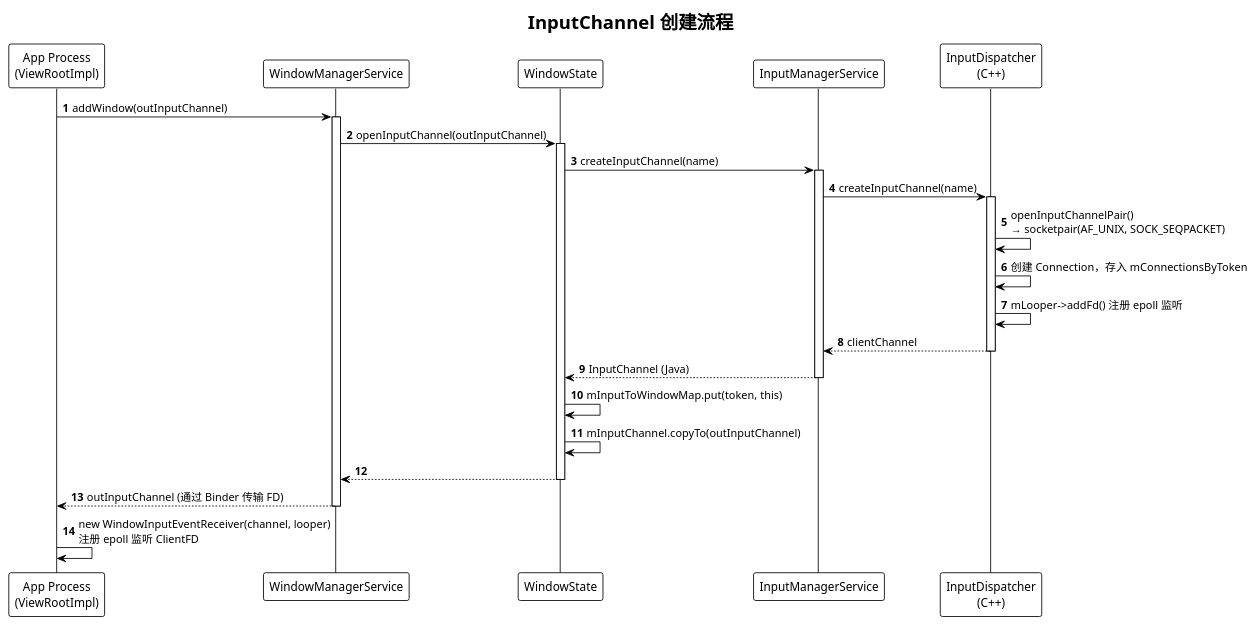
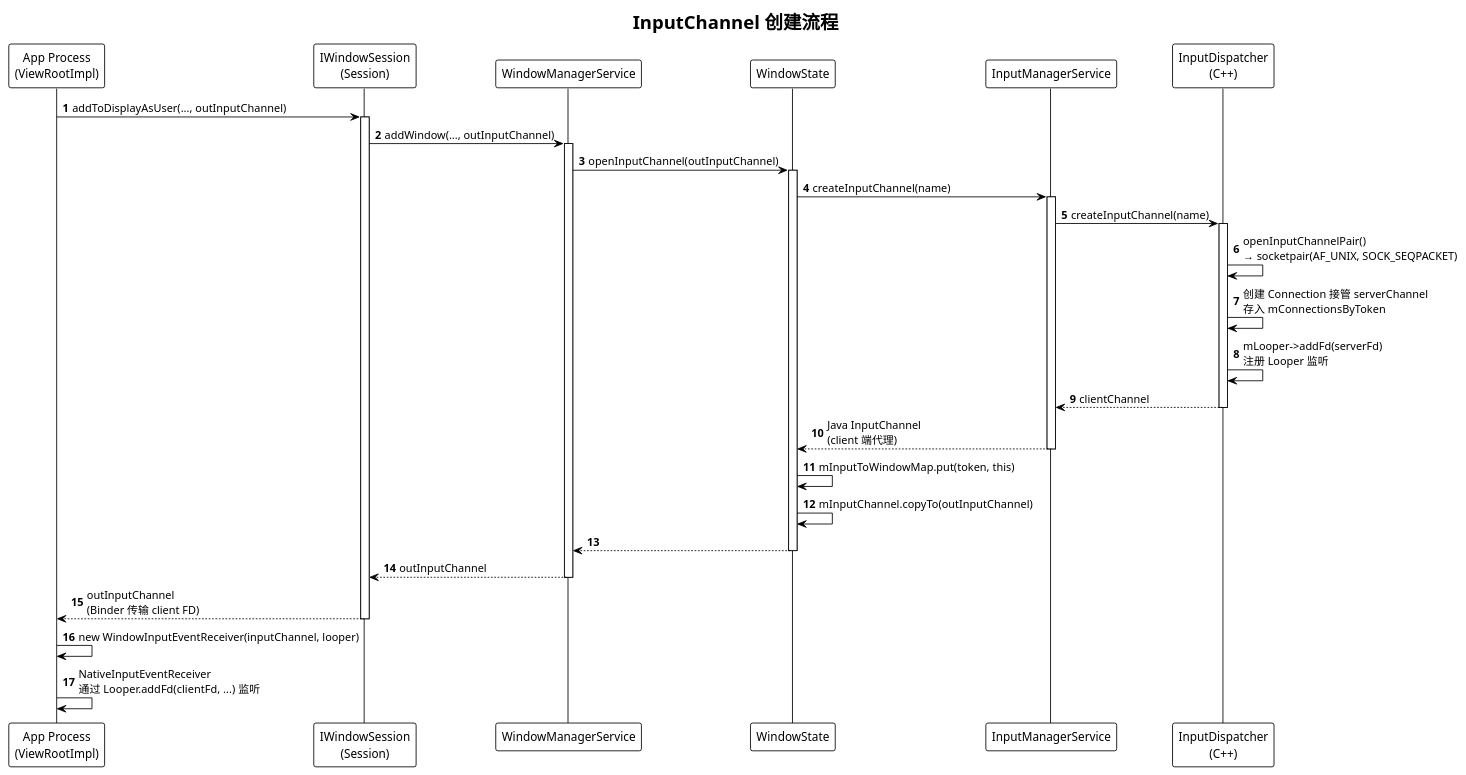
One commit to Ethen-Cao/ethenslab changed the first of 2 diagrams in content/android-dev/windowmanager/inputchannel.md. Above: the diagram before and after it, drawn with PlantUML. The commit also changed other lines of this file and 3 other files, not shown here.

````diff
--- a/content/android-dev/windowmanager/inputchannel.md
+++ b/content/android-dev/windowmanager/inputchannel.md
@@ -151,48 +156,56 @@
 ```plantuml
 @startuml
 !theme plain
 title InputChannel 创建流程
 
 participant "App Process\n(ViewRootImpl)" as App
+participant "IWindowSession\n(Session)" as IWS
 participant "WindowManagerService" as WMS
 participant "WindowState" as WS
 participant "InputManagerService" as IMS
 participant "InputDispatcher\n(C++)" as ID
 
 autonumber
 
-App -> WMS: addWindow(outInputChannel)
+App -> IWS: addToDisplayAsUser(..., outInputChannel)
+activate IWS
+
+IWS -> WMS: addWindow(..., outInputChannel)
 activate WMS
 
 WMS -> WS: openInputChannel(outInputChannel)
 activate WS
 
 WS -> IMS: createInputChannel(name)
 activate IMS
 
 IMS -> ID: createInputChannel(name)
 activate ID
 
 ID -> ID: openInputChannelPair()\n→ socketpair(AF_UNIX, SOCK_SEQPACKET)
-ID -> ID: 创建 Connection，存入 mConnectionsByToken
-ID -> ID: mLooper->addFd() 注册 epoll 监听
+ID -> ID: 创建 Connection 接管 serverChannel\n存入 mConnectionsByToken
+ID -> ID: mLooper->addFd(serverFd)\n注册 Looper 监听
 
 ID --> IMS: clientChannel
 deactivate ID
 
-IMS --> WS: InputChannel (Java)
+IMS --> WS: Java InputChannel\n(client 端代理)
 deactivate IMS
 
 WS -> WS: mInputToWindowMap.put(token, this)
 WS -> WS: mInputChannel.copyTo(outInputChannel)
 
 WS --> WMS
 deactivate WS
 
-WMS --> App: outInputChannel (通过 Binder 传输 FD)
+WMS --> IWS: outInputChannel
 deactivate WMS
 
-App -> App: new WindowInputEventReceiver(channel, looper)\n注册 epoll 监听 ClientFD
+IWS --> App: outInputChannel\n(Binder 传输 client FD)
+deactivate IWS
+
+App -> App: new WindowInputEventReceiver(inputChannel, looper)
+App -> App: NativeInputEventReceiver\n通过 Looper.addFd(clientFd, ...) 监听
 
 @enduml
 ```
````
